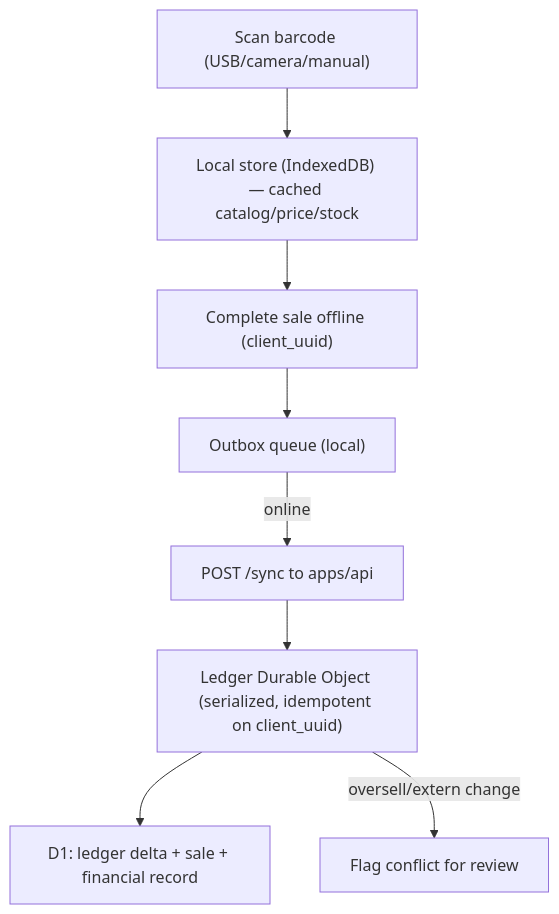
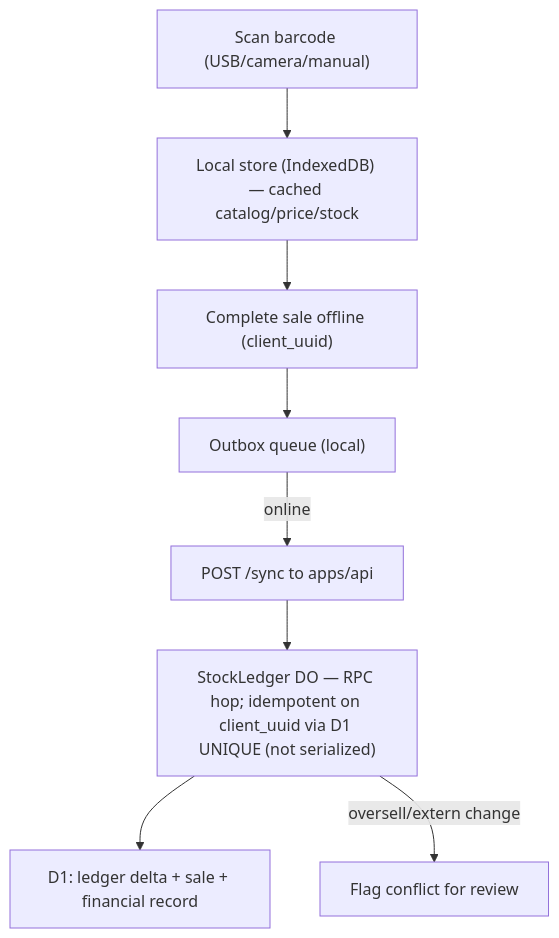
One commit to ladykirsah/Kira.office changed the second of 2 diagrams in docs/CLOUDFLARE_ARCHITECTURE.md. Above: the diagram before and after it, drawn with Mermaid. The commit also changed other lines of this file and 30 other files, not shown here.

````diff
--- a/docs/CLOUDFLARE_ARCHITECTURE.md
+++ b/docs/CLOUDFLARE_ARCHITECTURE.md
@@ -115,10 +141,10 @@
 ```mermaid
 flowchart TD
   A["Scan barcode (USB/camera/manual)"] --> B["Local store (IndexedDB) — cached catalog/price/stock"]
   B --> C["Complete sale offline (client_uuid)"]
   C --> D["Outbox queue (local)"]
   D -->|online| E["POST /sync to apps/api"]
-  E --> F["Ledger Durable Object (serialized, idempotent on client_uuid)"]
+  E --> F["StockLedger DO — RPC hop; idempotent on client_uuid via D1 UNIQUE (not serialized)"]
   F --> G["D1: ledger delta + sale + financial record"]
   F -->|oversell/extern change| H["Flag conflict for review"]
 ```
````
